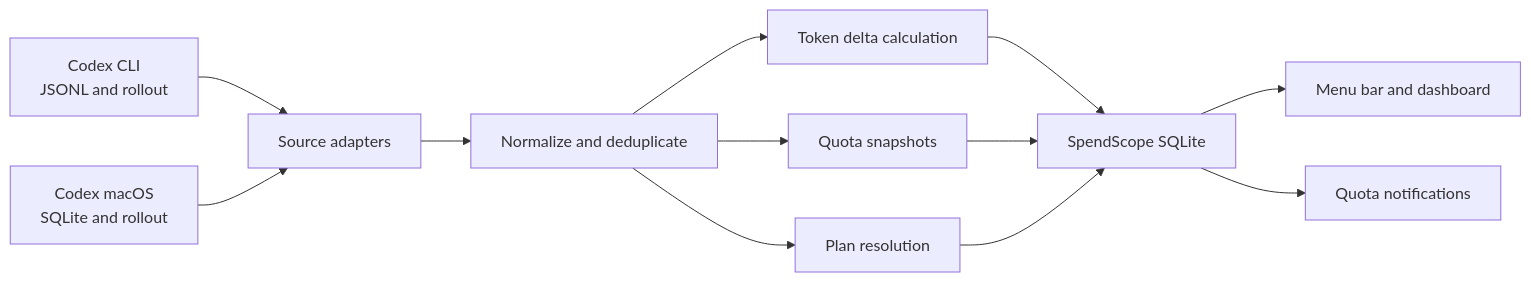
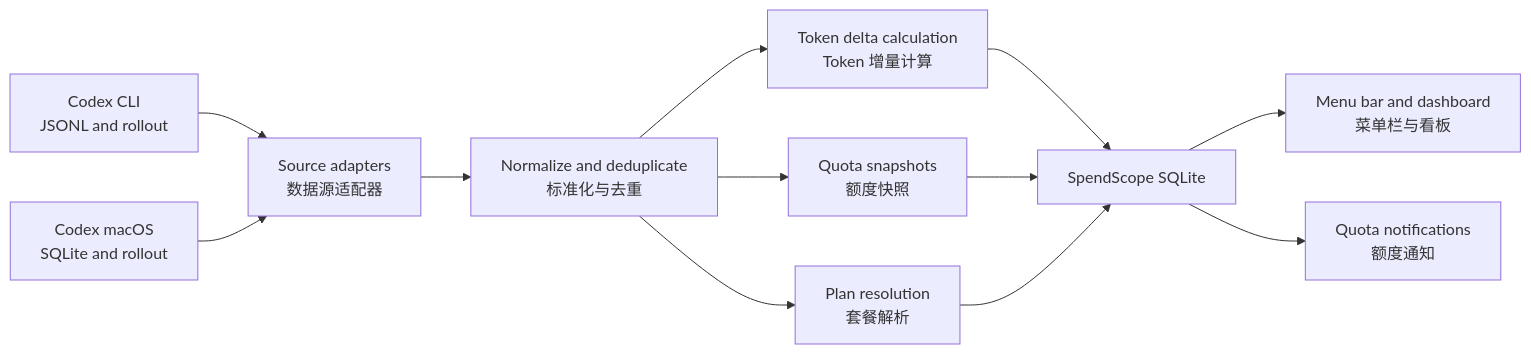
One commit to ychp/SpendScope changed the diagram in docs/superpowers/specs/2026-07-10-spendscope-mvp-design.md. Above: the diagram before and after it, drawn with Mermaid. The commit also changed other lines of this file, not shown here.

````diff
--- a/docs/superpowers/specs/2026-07-10-spendscope-mvp-design.md
+++ b/docs/superpowers/specs/2026-07-10-spendscope-mvp-design.md
@@ -103,14 +168,14 @@
 ```mermaid
 flowchart LR
-    A["Codex CLI<br/>JSONL and rollout"] --> C["Source adapters"]
+    A["Codex CLI<br/>JSONL and rollout"] --> C["Source adapters<br/>数据源适配器"]
     B["Codex macOS<br/>SQLite and rollout"] --> C
-    C --> D["Normalize and deduplicate"]
-    D --> E["Token delta calculation"]
-    D --> F["Quota snapshots"]
-    D --> P["Plan resolution"]
+    C --> D["Normalize and deduplicate<br/>标准化与去重"]
+    D --> E["Token delta calculation<br/>Token 增量计算"]
+    D --> F["Quota snapshots<br/>额度快照"]
+    D --> P["Plan resolution<br/>套餐解析"]
     E --> G["SpendScope SQLite"]
     F --> G
     P --> G
-    G --> H["Menu bar and dashboard"]
-    G --> I["Quota notifications"]
+    G --> H["Menu bar and dashboard<br/>菜单栏与看板"]
+    G --> I["Quota notifications<br/>额度通知"]
 ```
````
